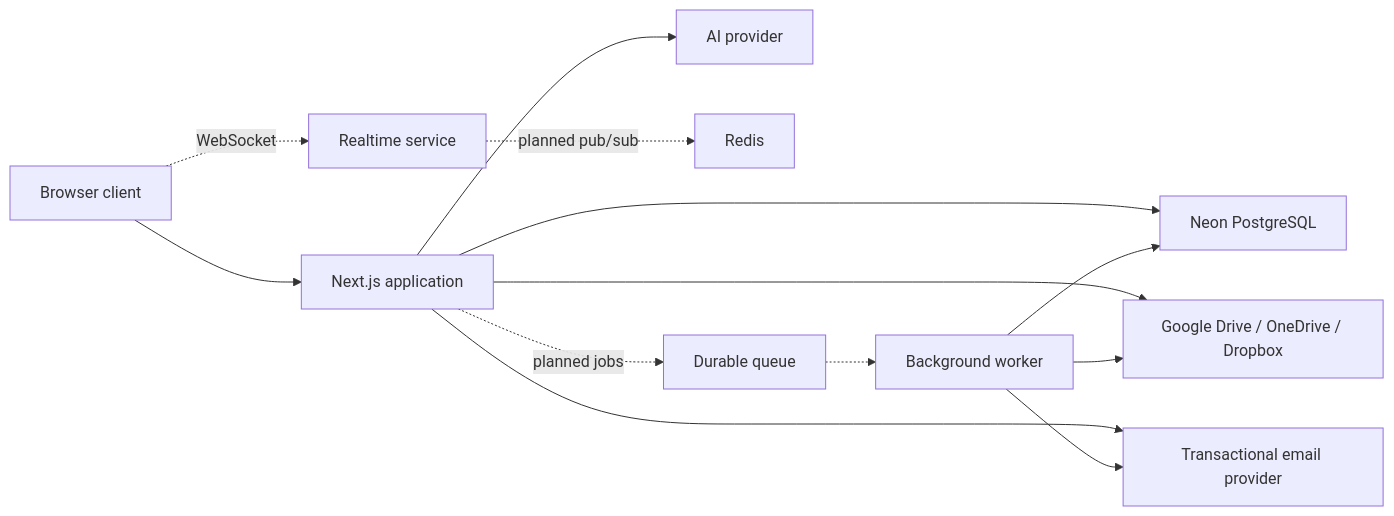
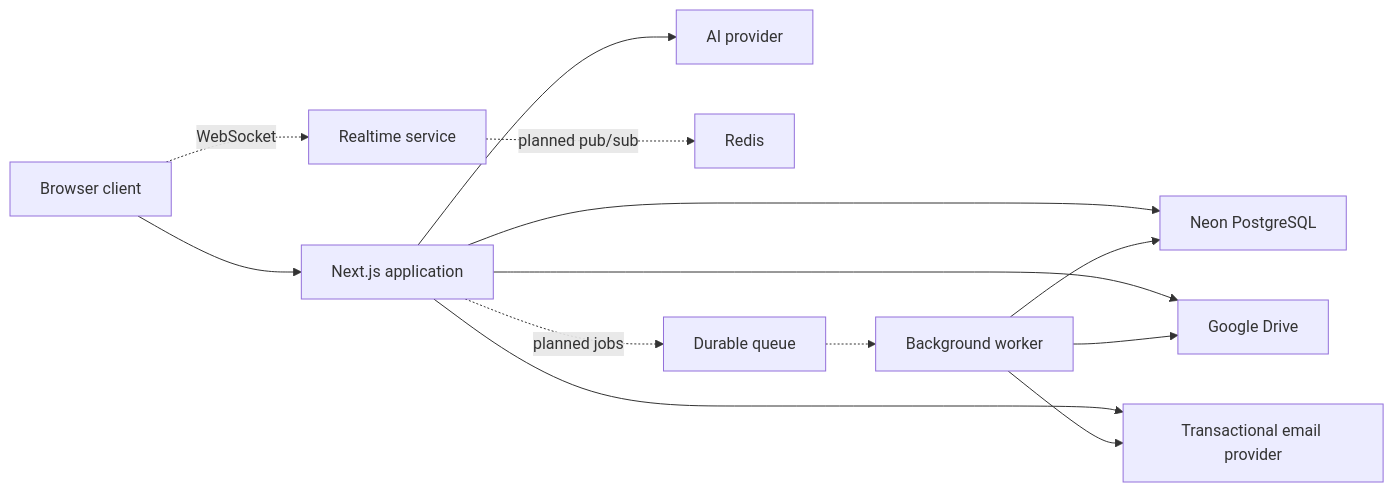
The first of 2 diagrams in docs/ARCHITECTURE.md (Daniel130me/myflowdek), drawn with Mermaid before and after one commit. The commit also changed other lines of this file and 16 other files, not shown here.

Commit message:
feat(integrations): enable Google Drive and Gmail SMTP

````diff
--- a/docs/ARCHITECTURE.md
+++ b/docs/ARCHITECTURE.md
@@ -34,15 +35,15 @@
 ```mermaid
 flowchart LR
     Browser["Browser client"] --> Web["Next.js application"]
     Web --> Neon["Neon PostgreSQL"]
-    Web --> Providers["Google Drive / OneDrive / Dropbox"]
+    Web --> Providers["Google Drive"]
     Web --> Email["Transactional email provider"]
     Web --> AI["AI provider"]
     Browser -. "WebSocket" .-> Realtime["Realtime service"]
     Realtime -. "planned pub/sub" .-> Redis["Redis"]
     Web -. "planned jobs" .-> Queue["Durable queue"]
     Queue -.-> Worker["Background worker"]
     Worker --> Neon
     Worker --> Providers
     Worker --> Email
 ```
````
